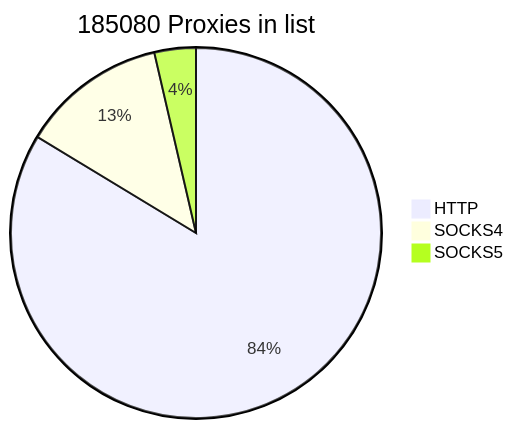
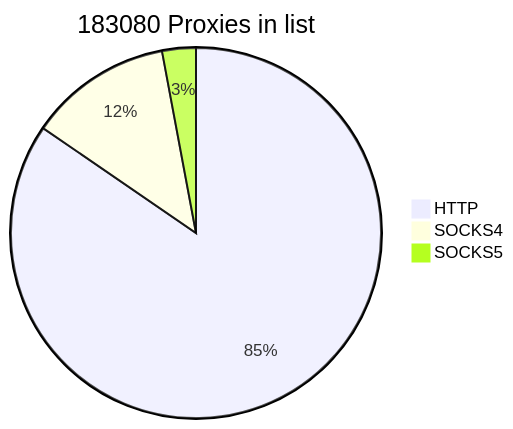
Before and after one commit to cutipu/proxylist: the first of 2 diagrams in README.md, drawn with Mermaid. The commit also changed other lines of this file, not shown here.

````diff
--- a/README.md
+++ b/README.md
@@ -2,7 +2,7 @@
 ```mermaid
-pie title 185080 Proxies in list
-    "HTTP" : 154850
-    "SOCKS4" : 23536
-    "SOCKS5" : 6694
+pie title 183080 Proxies in list
+    "HTTP" : 154826
+    "SOCKS4" : 22864
+    "SOCKS5" : 5390
             
 ```
````
